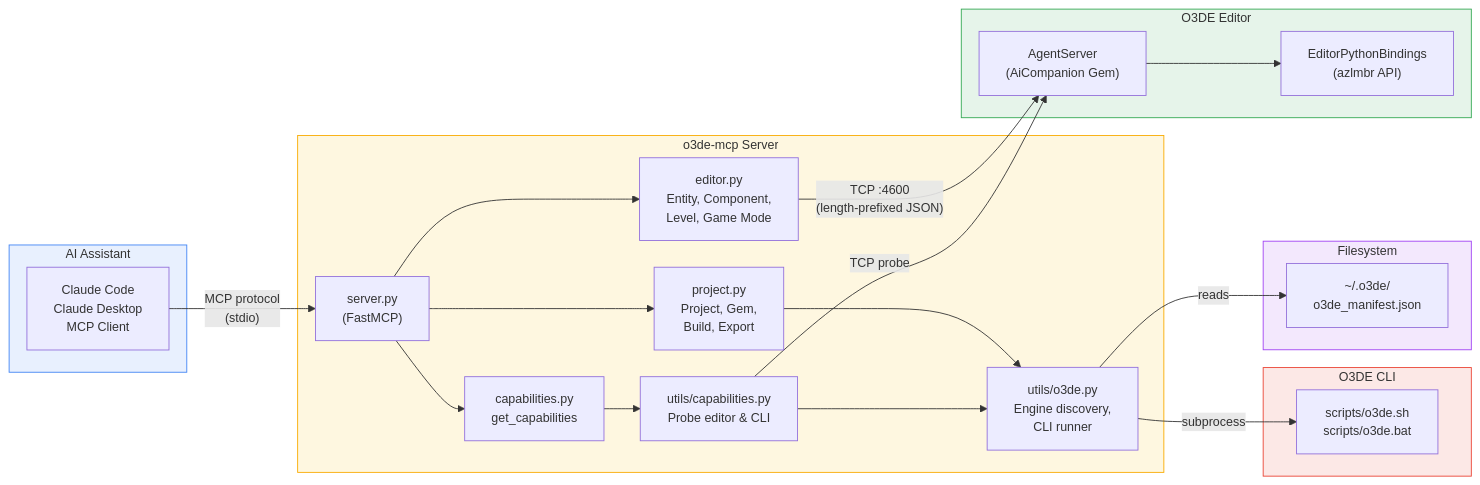
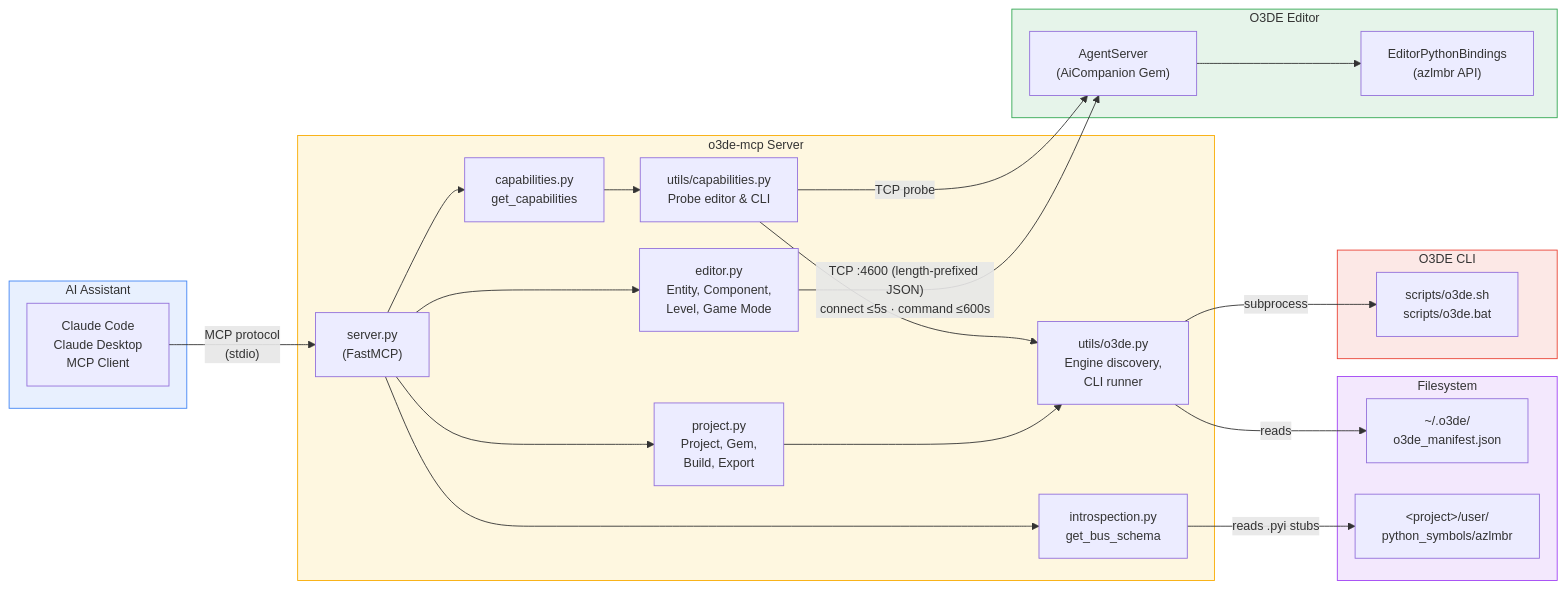
Before and after one commit to nickschuetz/o3de-mcp: the diagram in docs/architecture.md, drawn with Mermaid. The commit also changed other lines of this file and 7 other files, not shown here.

````diff
--- a/docs/architecture.md
+++ b/docs/architecture.md
@@ -13,55 +13,59 @@
 ```mermaid
 ---
 config:
   themeVariables:
     fontSize: 14px
   flowchart:
     nodeSpacing: 30
     rankSpacing: 40
 ---
 graph LR
     subgraph AI["AI Assistant"]
         CC["Claude Code<br/>Claude Desktop<br/>MCP Client"]
     end
 
     subgraph MCP["o3de-mcp Server"]
         S["server.py<br/>(FastMCP)"]
         CAP["capabilities.py<br/>get_capabilities"]
         ED["editor.py<br/>Entity, Component,<br/>Level, Game Mode"]
+        INTRO["introspection.py<br/>get_bus_schema"]
         PR["project.py<br/>Project, Gem,<br/>Build, Export"]
         UC["utils/capabilities.py<br/>Probe editor & CLI"]
         UO["utils/o3de.py<br/>Engine discovery,<br/>CLI runner"]
     end
 
     subgraph O3DE["O3DE Editor"]
         AS["AgentServer<br/>(AiCompanion Gem)"]
         EPB["EditorPythonBindings<br/>(azlmbr API)"]
     end
 
     subgraph CLI["O3DE CLI"]
         SCRIPT["scripts/o3de.sh<br/>scripts/o3de.bat"]
     end
 
     subgraph FS["Filesystem"]
         MANIFEST["~/.o3de/<br/>o3de_manifest.json"]
+        STUBS["&lt;project&gt;/user/<br/>python_symbols/azlmbr"]
     end
 
     CC -- "MCP protocol<br/>(stdio)" --> S
     S --> CAP
     S --> ED
+    S --> INTRO
     S --> PR
     CAP --> UC
-    ED -- "TCP :4600<br/>(length-prefixed JSON)" --> AS
+    ED -- "TCP :4600 (length-prefixed JSON)<br/>connect ≤5s · command ≤600s" --> AS
     AS --> EPB
+    INTRO -- "reads .pyi stubs" --> STUBS
     PR --> UO
     UO -- subprocess --> SCRIPT
     UO -- reads --> MANIFEST
     UC --> UO
     UC -- "TCP probe" --> AS
 
     style AI fill:#e8f0fe,stroke:#4285f4
     style MCP fill:#fef7e0,stroke:#f9ab00
     style O3DE fill:#e6f4ea,stroke:#34a853
     style CLI fill:#fce8e6,stroke:#ea4335
     style FS fill:#f3e8fd,stroke:#a142f4
 ```
````
